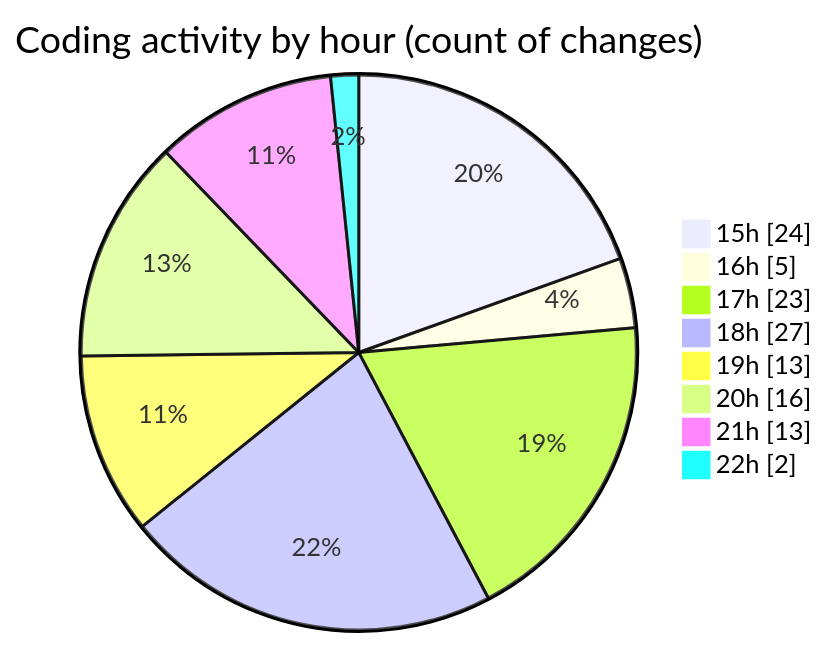
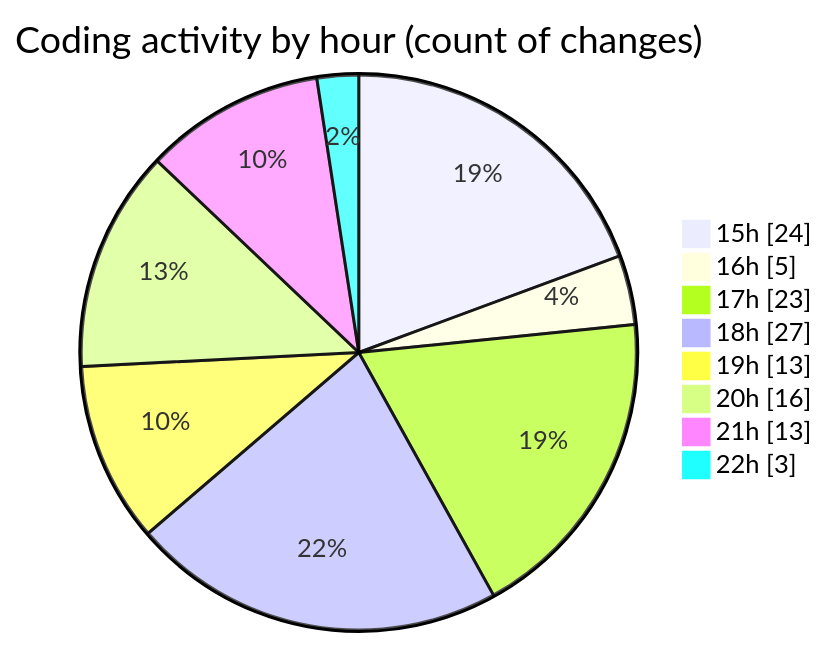
Before and after one commit to EIIisD/code-tracking: the second of 2 diagrams in 2025-08-02/tw-server/README.md, drawn with Mermaid. The commit also changed other lines of this file and 1 other file, not shown here.

````diff
--- a/2025-08-02/tw-server/README.md
+++ b/2025-08-02/tw-server/README.md
@@ -36,12 +36,12 @@
 ```mermaid
 pie showData
 title Coding activity by hour (count of changes)
 "15h" : 24
 "16h" : 5
 "17h" : 23
 "18h" : 27
 "19h" : 13
 "20h" : 16
 "21h" : 13
-"22h" : 2
+"22h" : 3
 ```
````
